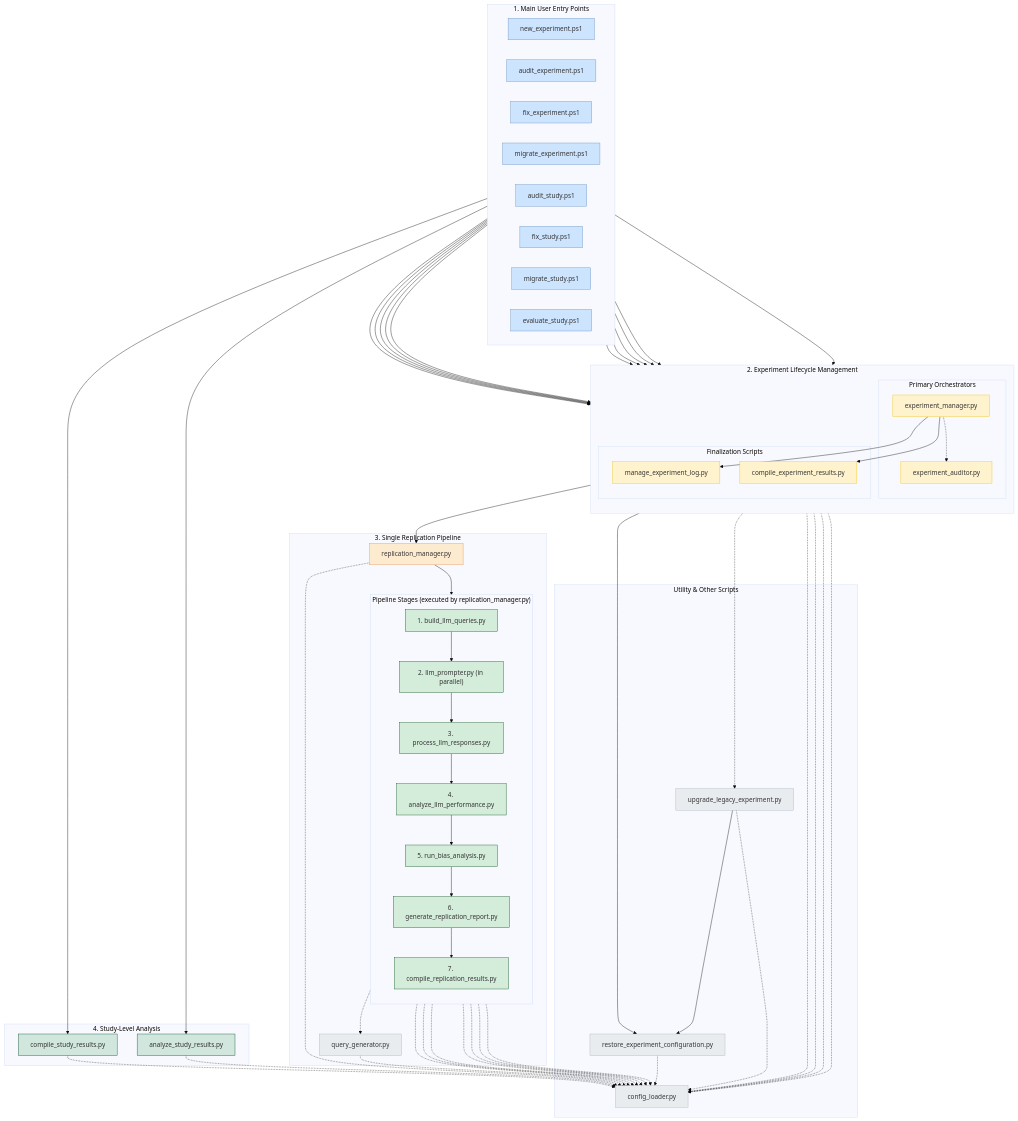
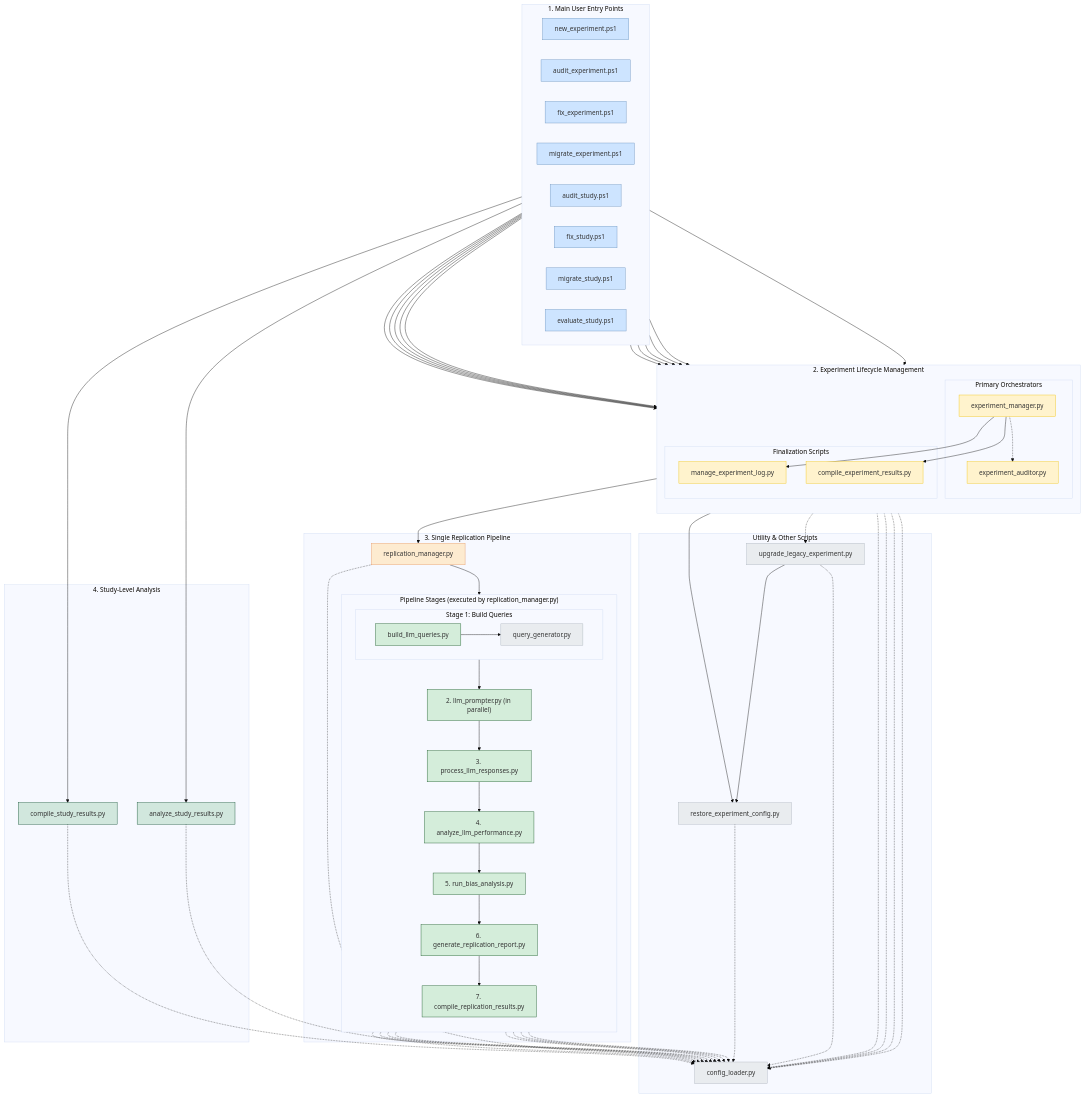
One commit to peterjmarko/llm-narrative-framework changed the diagram in docs/diagrams/arch_main_codebase.mmd. Above: the diagram before and after it, drawn with Mermaid (base theme). The commit also changed 10 other files, not shown here.

```diff
--- a/docs/diagrams/arch_main_codebase.mmd
+++ b/docs/diagrams/arch_main_codebase.mmd
@@ -1,127 +1,131 @@
 graph TD
     subgraph "1. Main User Entry Points"
         direction LR
         new_experiment_ps1["new_experiment.ps1"]
         audit_experiment_ps1["audit_experiment.ps1"]
         fix_experiment_ps1["fix_experiment.ps1"]
         migrate_experiment_ps1["migrate_experiment.ps1"]
         audit_study_ps1["audit_study.ps1"]
         fix_study_ps1["fix_study.ps1"]
         migrate_study_ps1["migrate_study.ps1"]
         evaluate_study_ps1["evaluate_study.ps1"]
     end
 
     subgraph "2. Experiment Lifecycle Management"
         direction TB
         subgraph "Primary Orchestrators"
             exp_manager["experiment_manager.py"]
             exp_auditor["experiment_auditor.py"]
         end
         subgraph "Finalization Scripts"
             log_manager["manage_experiment_log.py"]
             compile_experiment["compile_experiment_results.py"]
         end
     end
     
     subgraph "4. Study-Level Analysis"
         compile_study_results_py["compile_study_results.py"]
         study_analysis["analyze_study_results.py"]
     end
 
     subgraph "3. Single Replication Pipeline"
         replication_manager["replication_manager.py"]
         
         subgraph "Pipeline Stages (executed by replication_manager.py)"
             direction TB
-            stage1["1. build_llm_queries.py"]
+            subgraph "Stage 1: Build Queries"
+                direction LR
+                stage1["build_llm_queries.py"]
+                query_generator["query_generator.py"]
+            end
             stage2["2. llm_prompter.py (in parallel)"]
             stage3["3. process_llm_responses.py"]
             stage4["4. analyze_llm_performance.py"]
             stage4b["5. run_bias_analysis.py"]
             stage5["6. generate_replication_report.py"]
             stage6["7. compile_replication_results.py"]
         end
-        query_generator["query_generator.py"]
     end
 
     subgraph "Utility & Other Scripts"
-        restore_config["restore_experiment_configuration.py"]
+        restore_config["restore_experiment_config.py"]
         patch_old["upgrade_legacy_experiment.py"]
         config_loader["config_loader.py"]
     end
 
     %% --- Connections ---
     new_experiment_ps1 --> exp_manager
     
     audit_experiment_ps1 --> exp_auditor
     audit_study_ps1 --> exp_auditor
     
     fix_experiment_ps1 --> exp_auditor
     fix_experiment_ps1 --> exp_manager
     fix_study_ps1 --> exp_auditor
     fix_study_ps1 --> exp_manager
     
     migrate_experiment_ps1 --> exp_auditor
     migrate_experiment_ps1 --> exp_manager
     migrate_study_ps1 --> exp_auditor
     migrate_study_ps1 --> exp_manager
 
     evaluate_study_ps1 --> compile_study_results_py
     evaluate_study_ps1 --> study_analysis
 
     exp_manager --> replication_manager
     exp_manager --> compile_experiment
     exp_manager --> log_manager
     exp_manager --> restore_config
     exp_manager -.-> patch_old
 
     patch_old --> restore_config
 
     %% Sequential Pipeline Execution
     replication_manager --> stage1
     stage1 --> stage2
     stage2 --> stage3
     stage3 --> stage4
     stage4 --> stage4b
     stage4b --> stage5
     stage5 --> stage6
 
     %% Worker Connections
-    stage1 -.-> query_generator
+    stage1 --> query_generator
 
     %% Import Connections (dotted)
     exp_manager -.-> exp_auditor
     exp_manager & exp_auditor & replication_manager & stage1 & stage2 & stage3 & stage4 & stage4b & stage5 & stage6 & query_generator & log_manager & compile_experiment & compile_study_results_py & study_analysis & patch_old & restore_config -.-> config_loader
 
     %% --- Inline Styling ---
     style new_experiment_ps1 fill:#cde4ff,stroke:#6c93be
     style audit_experiment_ps1 fill:#cde4ff,stroke:#6c93be
     style fix_experiment_ps1 fill:#cde4ff,stroke:#6c93be
     style migrate_experiment_ps1 fill:#cde4ff,stroke:#6c93be
     style audit_study_ps1 fill:#cde4ff,stroke:#6c93be
     style fix_study_ps1 fill:#cde4ff,stroke:#6c93be
     style migrate_study_ps1 fill:#cde4ff,stroke:#6c93be
     style evaluate_study_ps1 fill:#cde4ff,stroke:#6c93be
 
     style exp_manager fill:#fff3cd,stroke:#f1c40f
     style exp_auditor fill:#fff3cd,stroke:#f1c40f
     style log_manager fill:#fff3cd,stroke:#f1c40f
     style compile_experiment fill:#fff3cd,stroke:#f1c40f
     
     style compile_study_results_py fill:#d1e7dd,stroke:#0f5132
     style study_analysis fill:#d1e7dd,stroke:#0f5132
     
     style replication_manager fill:#fdebd0,stroke:#e59866
     
     style stage1 fill:#d4edda,stroke:#155724
+    style query_generator fill:#d4edda,stroke:#155724
     style stage2 fill:#d4edda,stroke:#155724
     style stage3 fill:#d4edda,stroke:#155724
     style stage4 fill:#d4edda,stroke:#155724
     style stage4b fill:#d4edda,stroke:#155724
     style stage5 fill:#d4edda,stroke:#155724
     style stage6 fill:#d4edda,stroke:#155724
 
     style query_generator fill:#e9ecef,stroke:#adb5bd
     style patch_old fill:#e9ecef,stroke:#adb5bd
     style restore_config fill:#e9ecef,stroke:#adb5bd
     style config_loader fill:#e9ecef,stroke:#adb5bd
```
